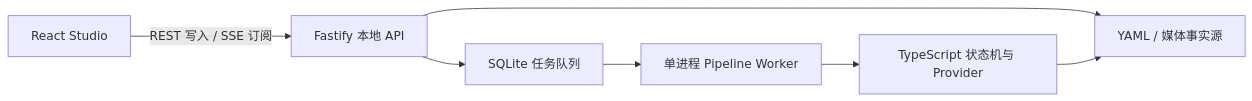
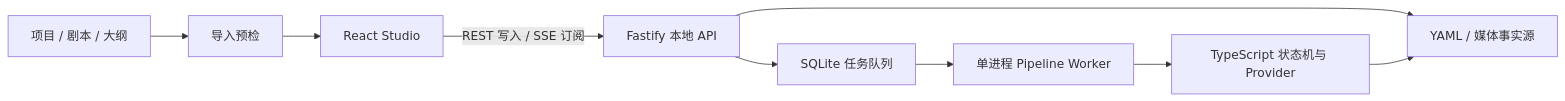
One commit to Janettbella69/AI-amnTV changed the diagram in docs/architecture.md. Above: the diagram before and after it, drawn with Mermaid. The commit also changed other lines of this file and 12 other files, not shown here.

````diff
--- a/docs/architecture.md
+++ b/docs/architecture.md
@@ -15,9 +15,11 @@
 ```mermaid
 flowchart LR
-  UI["React Studio"] -->|REST 写入 / SSE 订阅| API["Fastify 本地 API"]
+  Source["项目 / 剧本 / 大纲"] --> Import["导入预检"]
+  Import --> UI["React Studio"]
+  UI -->|REST 写入 / SSE 订阅| API["Fastify 本地 API"]
   API --> Queue["SQLite 任务队列"]
   Queue --> Worker["单进程 Pipeline Worker"]
   Worker --> Core["TypeScript 状态机与 Provider"]
   API --> Files["YAML / 媒体事实源"]
   Core --> Files
 ```
````
